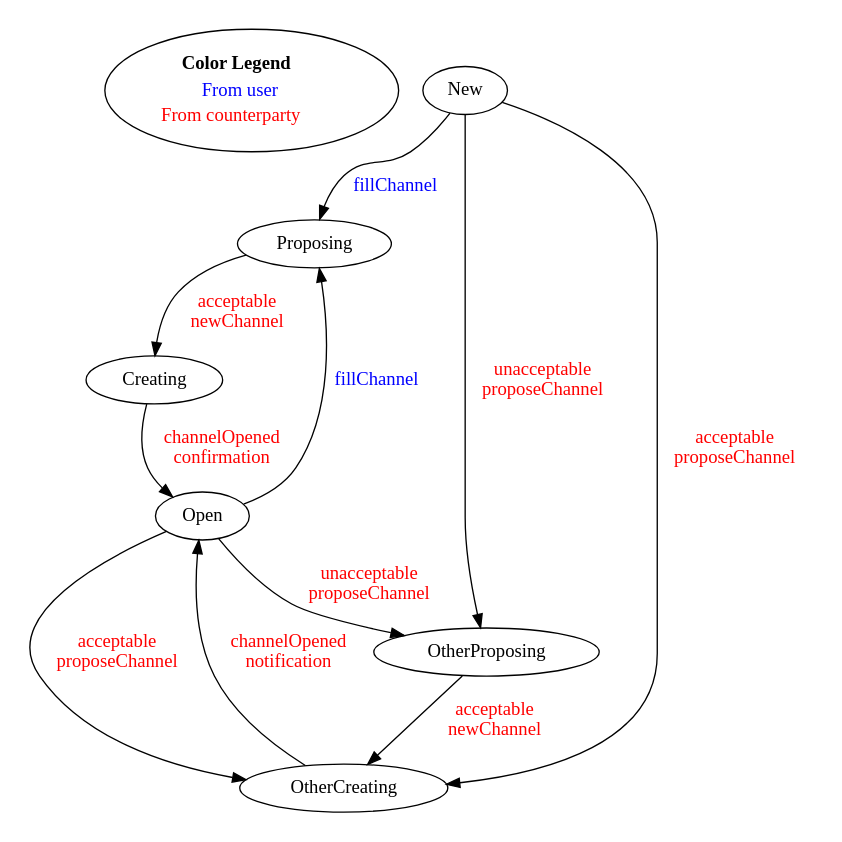
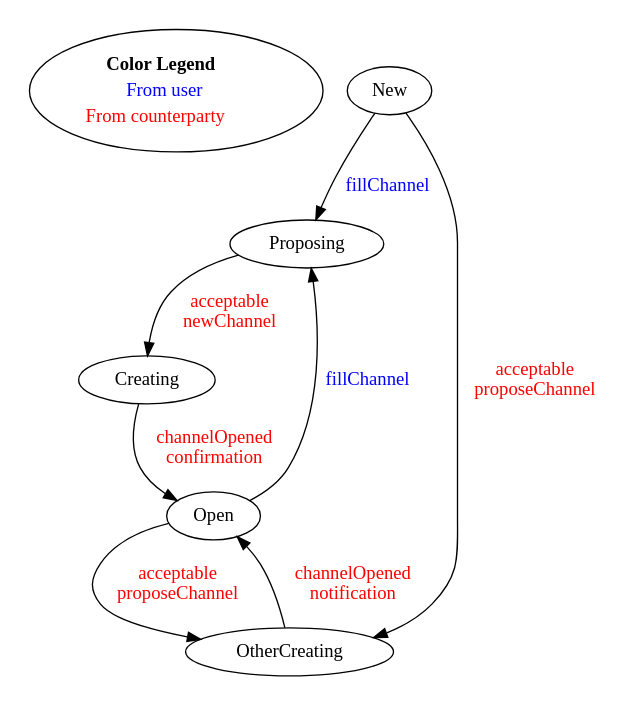
The diagram in docs/diagrams/state_machine.dot (althea-net/guac_rs), drawn with Graphviz before and after one commit. The commit also changed 1 other file, not shown here.

```diff
--- a/docs/diagrams/state_machine.dot
+++ b/docs/diagrams/state_machine.dot
@@ -1,30 +1,27 @@
 // command to render: dot state_machine.dot -Tsvg -o state_machine.svg
 digraph G {
     pad=0.2
     
     Legend [ label=<
         <table border="0" cellpadding="2" cellspacing="0" cellborder="0">
         <tr>
         <td colspan="4"><b>Color Legend</b></td>
         </tr>
         <tr>
         <td><font color="blue">From user</font></td>
         </tr>
         <tr>
         <td><font color="red">From counterparty</font></td>
         </tr>
         </table>
     >];
 
     
         New -> Proposing [ label="fillChannel", fontcolor="blue"];
-        New -> OtherProposing [ label="unacceptable\nproposeChannel", fontcolor="red" ];
         New -> OtherCreating [ label="acceptable\nproposeChannel", fontcolor="red" ];
-        OtherProposing -> OtherCreating [ label="acceptable\nnewChannel", fontcolor="red" ];
         Proposing -> Creating [ label="acceptable\nnewChannel", fontcolor="red" ];
         OtherCreating -> Open [ label="channelOpened\nnotification", fontcolor="red" ];
         Creating -> Open [ label="channelOpened\nconfirmation", fontcolor="red" ];
-        Open -> OtherProposing [ label="unacceptable\nproposeChannel", fontcolor="red" ];
         Open -> OtherCreating [ label="acceptable\nproposeChannel", fontcolor="red" ];
         Open -> Proposing [ label="fillChannel", fontcolor="blue" ];
 }
```
